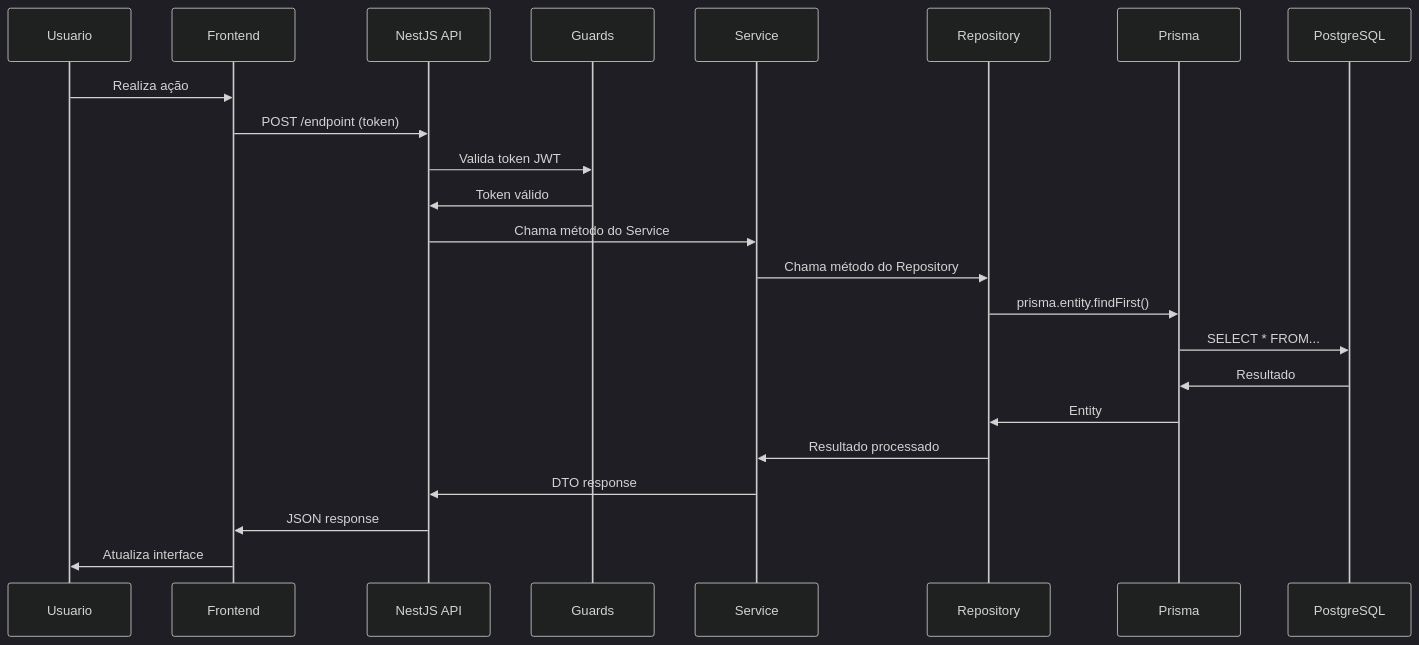
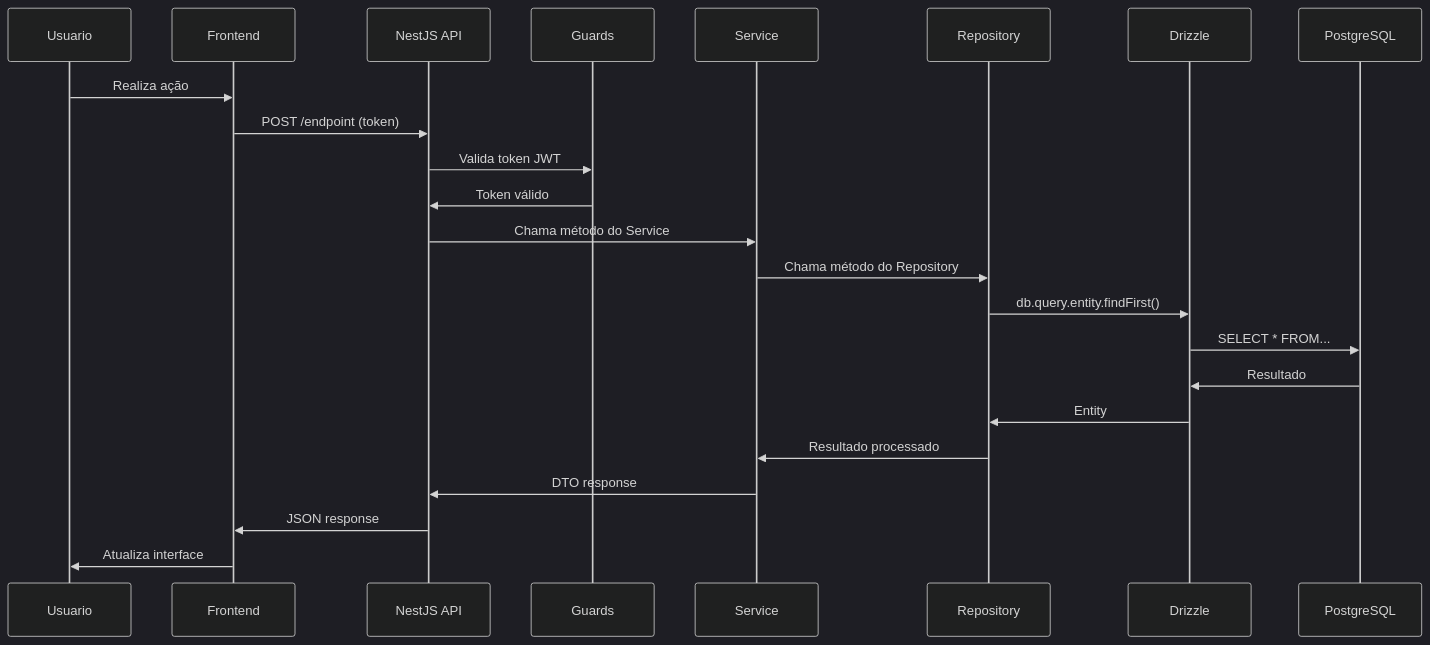
One commit to TROCA-AULA/troca-aula-backend changed the third of 5 diagrams in docs/02-arquitetura-backend.md. Above: the diagram before and after it, drawn with Mermaid (dark theme). The commit also changed other lines of this file and 9 other files, not shown here.

````diff
--- a/docs/02-arquitetura-backend.md
+++ b/docs/02-arquitetura-backend.md
@@ -78,29 +78,29 @@
 ```mermaid
 sequenceDiagram
     participant U as Usuario
     participant FE as Frontend
     participant API as NestJS API
     participant G as Guards
     participant S as Service
     participant R as Repository
-    participant P as Prisma
+    participant P as Drizzle
     participant DB as PostgreSQL
     
     U->>FE: Realiza ação
     FE->>API: POST /endpoint (token)
     
     API->>G: Valida token JWT
     G->>API: Token válido
     
     API->>S: Chama método do Service
     S->>R: Chama método do Repository
     
-    R->>P: prisma.entity.findFirst()
+    R->>P: db.query.entity.findFirst()
     P->>DB: SELECT * FROM...
     DB->>P: Resultado
     P->>R: Entity
     R->>S: Resultado processado
     S->>API: DTO response
     API->>FE: JSON response
     FE->>U: Atualiza interface
 ```
````
